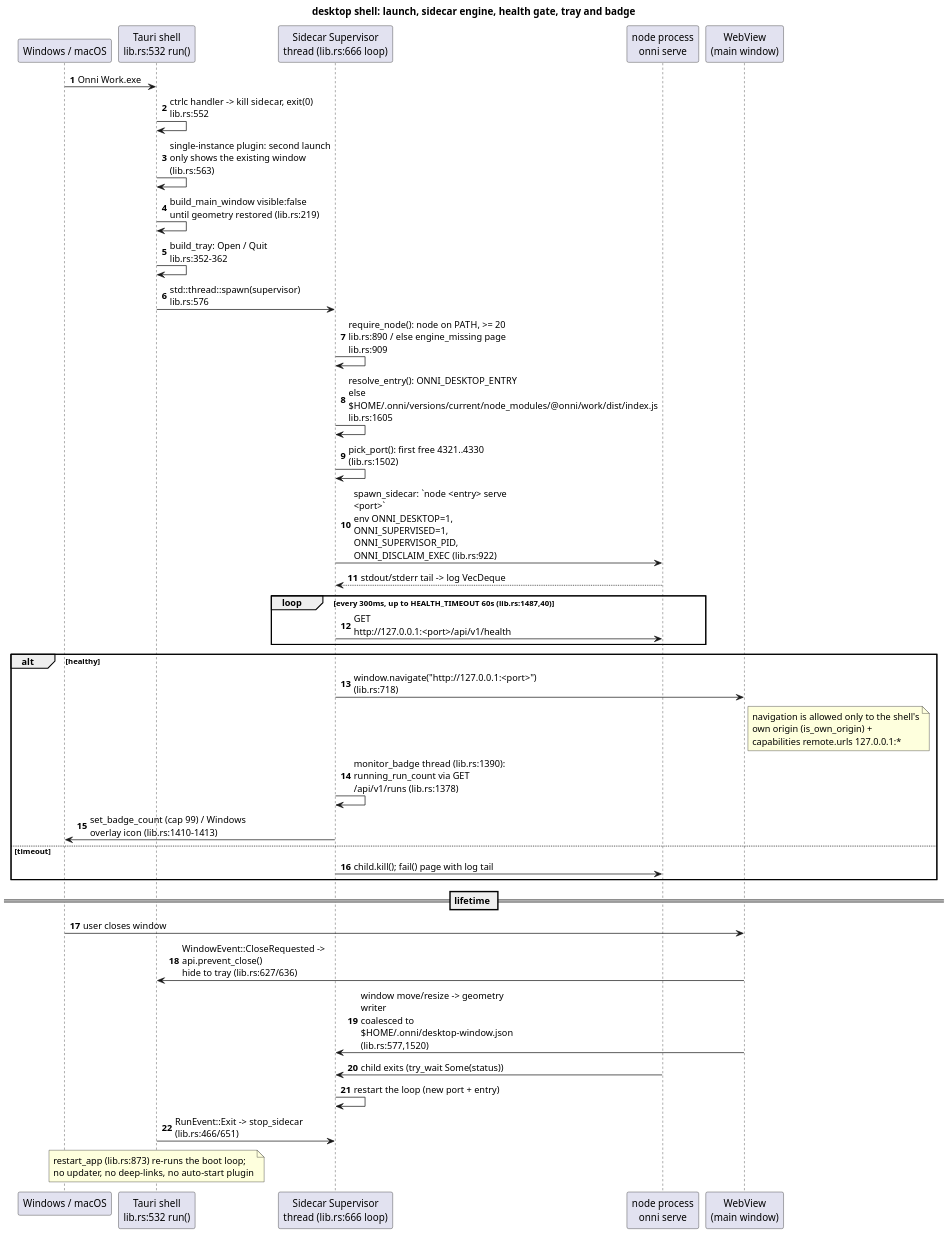
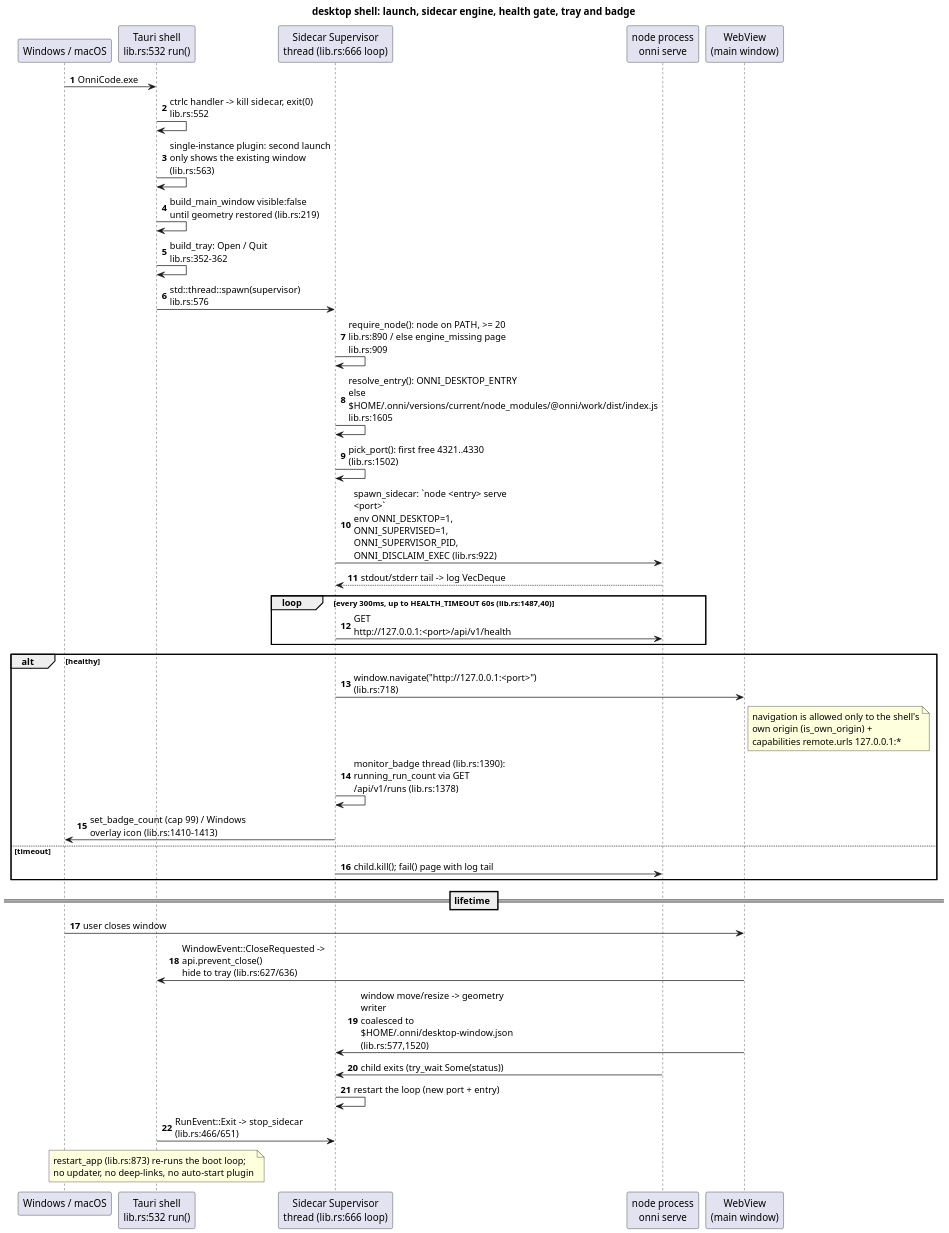
The diagram in docs/architecture/08-seq-desktop-startup.puml (doantuan22/Onni_Work), drawn with PlantUML before and after one commit. The commit also changed 38 other files, not shown here.

Commit message:
feat(brand): rename the visible app name to OnniCode

```diff
--- a/docs/architecture/08-seq-desktop-startup.puml
+++ b/docs/architecture/08-seq-desktop-startup.puml
@@ -1,47 +1,47 @@
 @startuml 08-seq-desktop-startup
 title desktop shell: launch, sidecar engine, health gate, tray and badge
 skinparam defaultFontName "Segoe UI"
 skinparam dpi 150
 autonumber
 skinparam maxMessageSize 240
 
 participant "Windows / macOS" as OS
 participant "Tauri shell\nlib.rs:532 run()" as TAURI
 participant "Sidecar Supervisor\nthread (lib.rs:666 loop)" as SUP
 participant "node process\nonni serve" as NODE
 participant "WebView\n(main window)" as WV
 
-OS -> TAURI : Onni Work.exe
+OS -> TAURI : OnniCode.exe
 TAURI -> TAURI : ctrlc handler -> kill sidecar, exit(0)\nlib.rs:552
 TAURI -> TAURI : single-instance plugin: second launch\nonly shows the existing window (lib.rs:563)
 TAURI -> TAURI : build_main_window visible:false\nuntil geometry restored (lib.rs:219)
 TAURI -> TAURI : build_tray: Open / Quit\nlib.rs:352-362
 TAURI -> SUP : std::thread::spawn(supervisor)\nlib.rs:576
 
 SUP -> SUP : require_node(): node on PATH, >= 20\nlib.rs:890 / else engine_missing page lib.rs:909
 SUP -> SUP : resolve_entry(): ONNI_DESKTOP_ENTRY else\n$HOME/.onni/versions/current/node_modules/@onni/work/dist/index.js\nlib.rs:1605
 SUP -> SUP : pick_port(): first free 4321..4330 (lib.rs:1502)
 SUP -> NODE : spawn_sidecar: `node <entry> serve <port>`\nenv ONNI_DESKTOP=1, ONNI_SUPERVISED=1,\nONNI_SUPERVISOR_PID, ONNI_DISCLAIM_EXEC (lib.rs:922)
 NODE --> SUP : stdout/stderr tail -> log VecDeque
 loop every 300ms, up to HEALTH_TIMEOUT 60s (lib.rs:1487,40)
   SUP -> NODE : GET http://127.0.0.1:<port>/api/v1/health
 end
 alt healthy
   SUP -> WV : window.navigate("http://127.0.0.1:<port>") (lib.rs:718)
   note right of WV : navigation is allowed only to the shell's\nown origin (is_own_origin) +\ncapabilities remote.urls 127.0.0.1:*
   SUP -> SUP : monitor_badge thread (lib.rs:1390):\nrunning_run_count via GET /api/v1/runs (lib.rs:1378)
   SUP -> OS : set_badge_count (cap 99) / Windows\noverlay icon (lib.rs:1410-1413)
 else timeout
   SUP -> NODE : child.kill(); fail() page with log tail
 end
 
 == lifetime ==
 OS -> WV : user closes window
 WV -> TAURI : WindowEvent::CloseRequested -> api.prevent_close()\nhide to tray (lib.rs:627/636)
 WV -> SUP : window move/resize -> geometry writer\ncoalesced to $HOME/.onni/desktop-window.json (lib.rs:577,1520)
 NODE -> SUP : child exits (try_wait Some(status))
 SUP -> SUP : restart the loop (new port + entry)
 TAURI -> SUP : RunEvent::Exit -> stop_sidecar (lib.rs:466/651)
 note over TAURI : restart_app (lib.rs:873) re-runs the boot loop;\nno updater, no deep-links, no auto-start plugin
 
 @enduml
```
